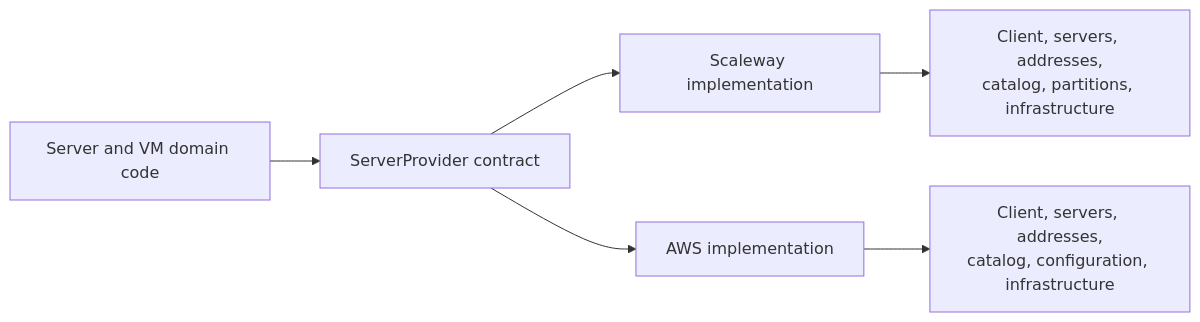
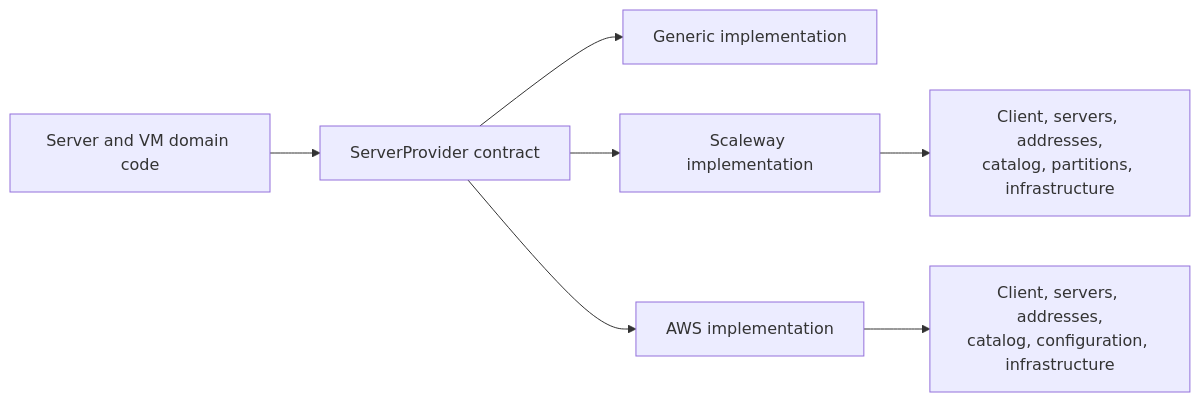
One commit to 20vikash/atlas changed the diagram in atlas/atlas/SPEC.md. Above: the diagram before and after it, drawn with Mermaid. The commit also changed 24 other files, not shown here.

````diff
--- a/atlas/atlas/SPEC.md
+++ b/atlas/atlas/SPEC.md
@@ -35,8 +35,9 @@
 ```mermaid
 flowchart LR
     Domain[Server and VM domain code] --> Contract[ServerProvider contract]
+    Contract --> Generic[Generic implementation]
     Contract --> Scaleway[Scaleway implementation]
     Contract --> AWS[AWS implementation]
     Scaleway --> SParts[Client, servers, addresses,<br/>catalog, partitions, infrastructure]
     AWS --> AParts[Client, servers, addresses,<br/>catalog, configuration, infrastructure]
 ```
````
